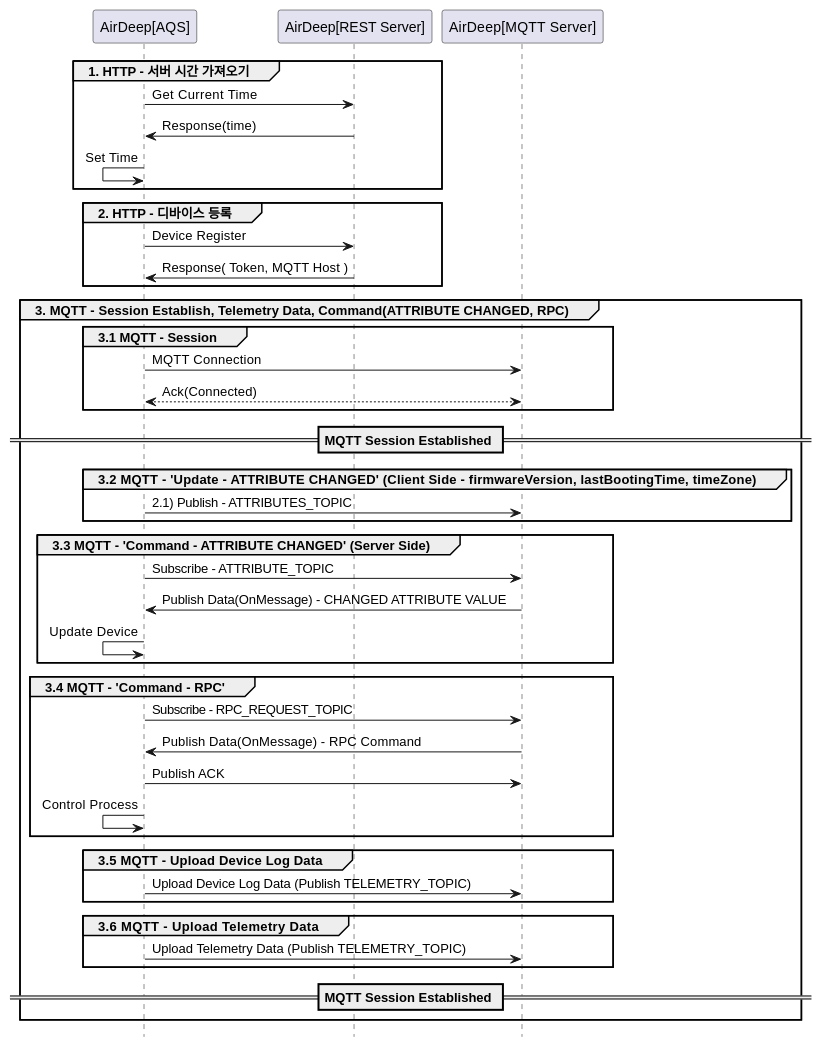
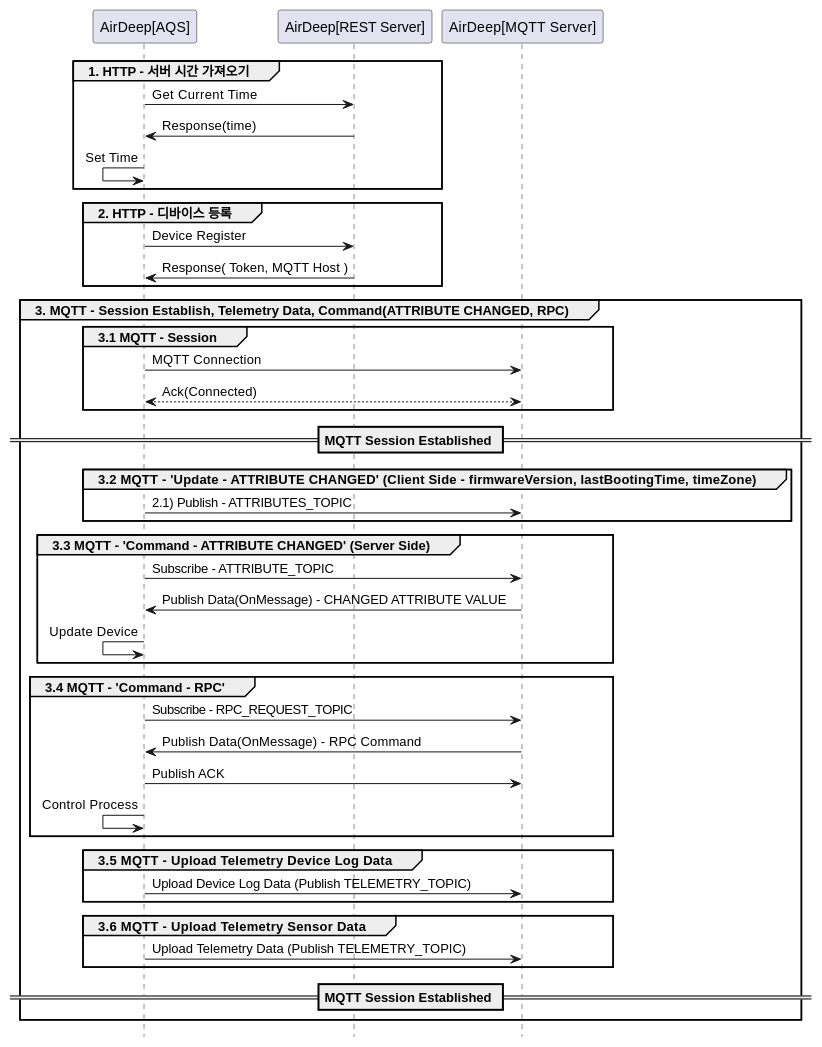
The first of 3 diagrams in README.md (RTdataLab/DE-ADeep-API-Guide), drawn with PlantUML before and after one commit. The commit also changed other lines of this file and 4 other files, not shown here.

````diff
--- a/README.md
+++ b/README.md
@@ -53,54 +53,54 @@
   ```plantuml
   @startuml
     participant "AirDeep[AQS]" order 1
     participant "AirDeep[REST Server]" order 2
     participant "AirDeep[MQTT Server]" order 3
     hide footbox
    
     group 1. HTTP - 서버 시간 가져오기
         "AirDeep[AQS]" -> "AirDeep[REST Server]" : Get Current Time
         "AirDeep[AQS]" <- "AirDeep[REST Server]" : Response(time)
         "AirDeep[AQS]" <- "AirDeep[AQS]" : Set Time
     end
     group 2. HTTP - 디바이스 등록
       "AirDeep[AQS]" -> "AirDeep[REST Server]" : Device Register
       "AirDeep[AQS]" <- "AirDeep[REST Server]"  : Response( Token, MQTT Host )
     end
     
     group 3. MQTT - Session Establish, Telemetry Data, Command(ATTRIBUTE CHANGED, RPC)
       group 3.1 MQTT - Session
         "AirDeep[AQS]" -> "AirDeep[MQTT Server]" : MQTT Connection
         "AirDeep[AQS]" <--> "AirDeep[MQTT Server]" : Ack(Connected)
       end
 
       == MQTT Session Established ==
 
      group 3.2 MQTT - 'Update - ATTRIBUTE CHANGED' (Client Side - firmwareVersion, lastBootingTime, timeZone)
      "AirDeep[AQS]" -> "AirDeep[MQTT Server]" : 2.1) Publish - ATTRIBUTES_TOPIC
      end
 
      group 3.3 MQTT - 'Command - ATTRIBUTE CHANGED' (Server Side)
        "AirDeep[AQS]" -> "AirDeep[MQTT Server]" : Subscribe - ATTRIBUTE_TOPIC
        "AirDeep[AQS]" <- "AirDeep[MQTT Server]" : Publish Data(OnMessage) - CHANGED ATTRIBUTE VALUE
        "AirDeep[AQS]" <- "AirDeep[AQS]" : Update Device
      end
 
      group 3.4 MQTT - 'Command - RPC'
        "AirDeep[AQS]" -> "AirDeep[MQTT Server]" : Subscribe - RPC_REQUEST_TOPIC
        "AirDeep[AQS]" <- "AirDeep[MQTT Server]" : Publish Data(OnMessage) - RPC Command
        "AirDeep[AQS]" -> "AirDeep[MQTT Server]" : Publish ACK
        "AirDeep[AQS]" <- "AirDeep[AQS]" : Control Process
      end
 
-     group 3.5 MQTT - Upload Device Log Data
+     group 3.5 MQTT - Upload Telemetry Device Log Data
        "AirDeep[AQS]" -> "AirDeep[MQTT Server]" : Upload Device Log Data (Publish TELEMETRY_TOPIC)
      end
 
-     group 3.6 MQTT - Upload Telemetry Data
+     group 3.6 MQTT - Upload Telemetry Sensor Data
        "AirDeep[AQS]" -> "AirDeep[MQTT Server]" : Upload Telemetry Data (Publish TELEMETRY_TOPIC)
      end
 
       == MQTT Session Established ==
     end
   @enduml
   ```
````
